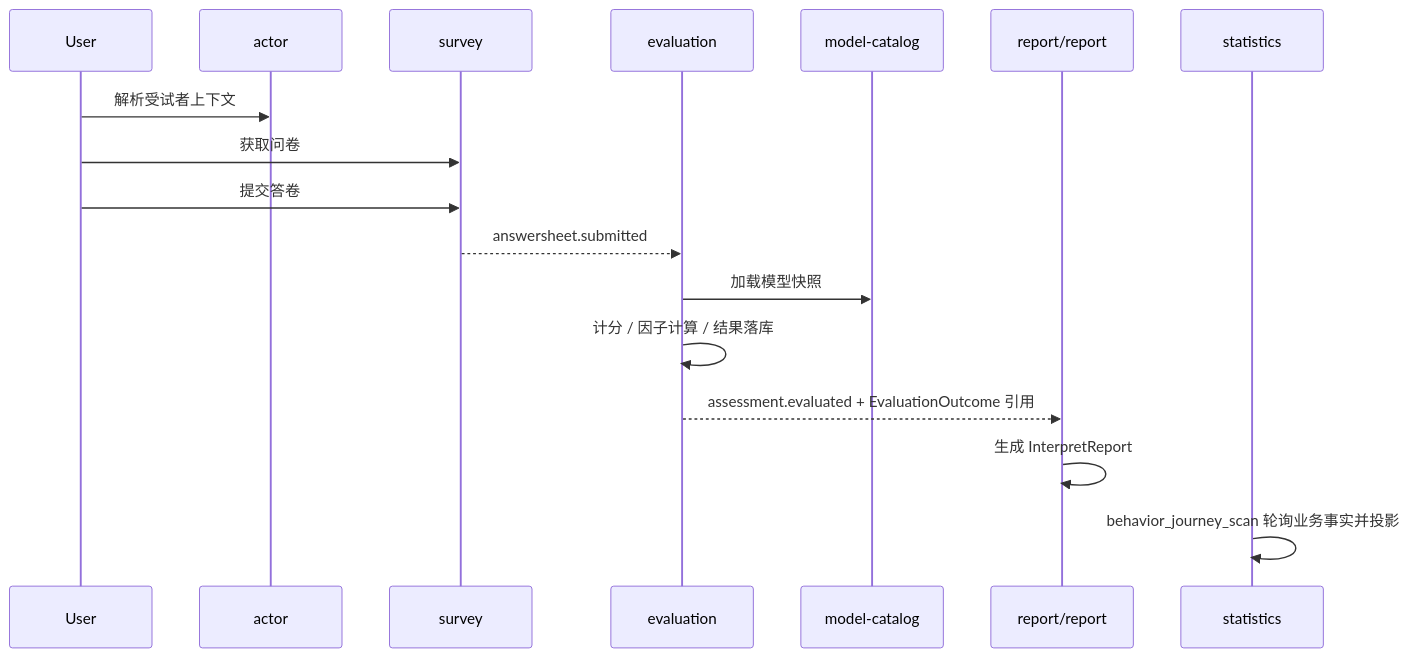
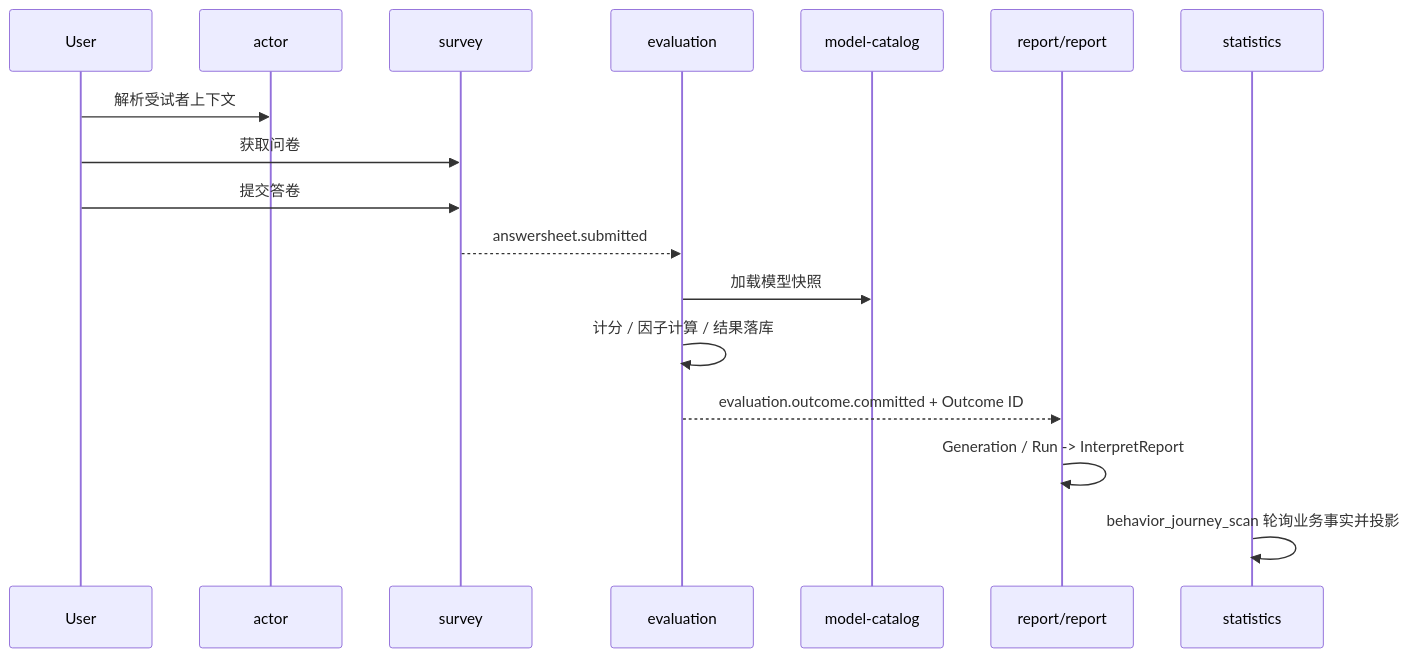
Before and after one commit to FangcunMount/qs-server: the first of 3 diagrams in docs/02-业务模块/02-核心业务全链路.md, drawn with Mermaid. The commit also changed 30 other files, not shown here.

````diff
--- a/docs/02-业务模块/02-核心业务全链路.md
+++ b/docs/02-业务模块/02-核心业务全链路.md
@@ -15,20 +15,20 @@
 ```mermaid
 sequenceDiagram
     participant U as User
     participant A as actor
     participant S as survey
     participant E as evaluation
     participant M as model-catalog
     participant I as report/report
     participant ST as statistics
 
     U->>A: 解析受试者上下文
     U->>S: 获取问卷
     U->>S: 提交答卷
     S-->>E: answersheet.submitted
     E->>M: 加载模型快照
     E->>E: 计分 / 因子计算 / 结果落库
-    E-->>I: assessment.evaluated + EvaluationOutcome 引用
-    I->>I: 生成 InterpretReport
+    E-->>I: evaluation.outcome.committed + Outcome ID
+    I->>I: Generation / Run -> InterpretReport
     ST->>ST: behavior_journey_scan 轮询业务事实并投影
 ```
````
